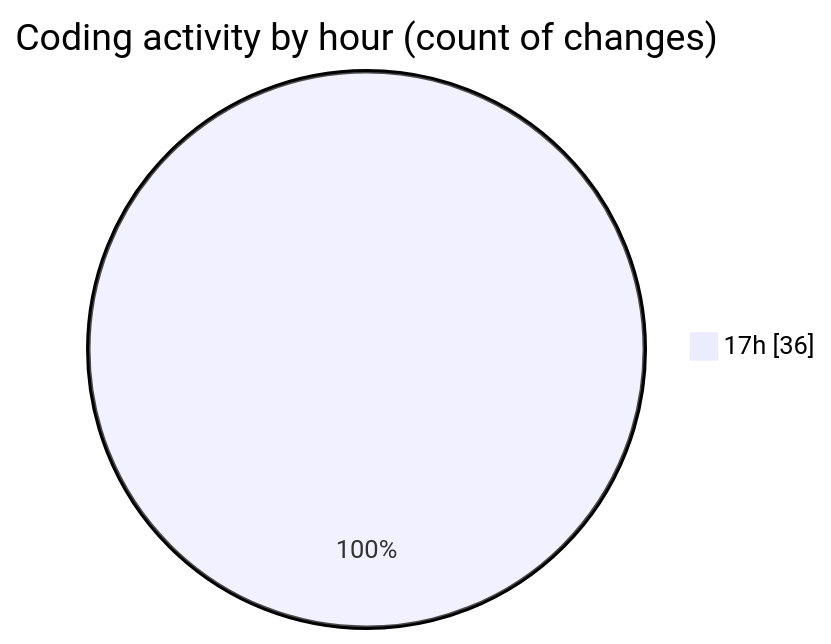
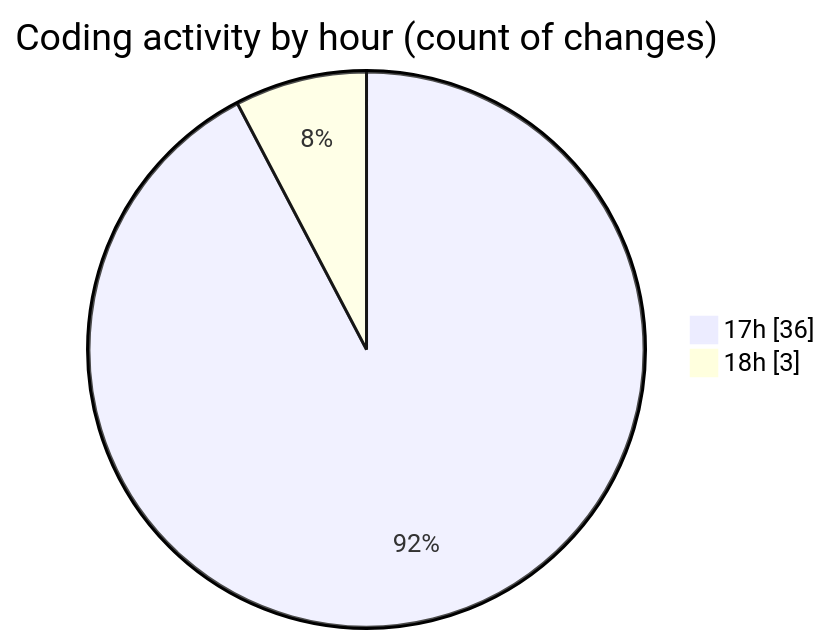
Before and after one commit to becaeroporto-bot/code-tracking: the second of 2 diagrams in 2026-02-19/bot_i_a/README.md, drawn with Mermaid. The commit also changed other lines of this file and 1 other file, not shown here.

````diff
--- a/2026-02-19/bot_i_a/README.md
+++ b/2026-02-19/bot_i_a/README.md
@@ -43,5 +44,6 @@
 ```mermaid
 pie showData
 title Coding activity by hour (count of changes)
 "17h" : 36
+"18h" : 3
 ```
````
